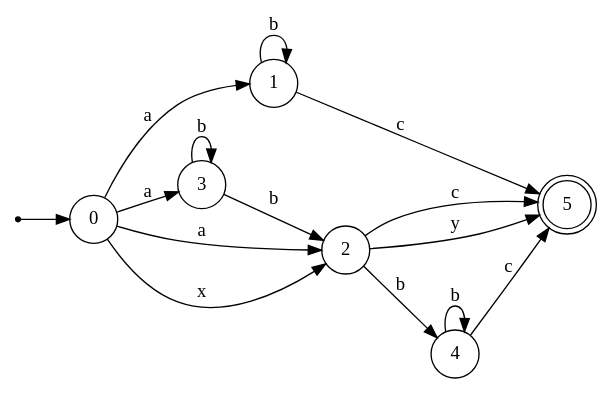
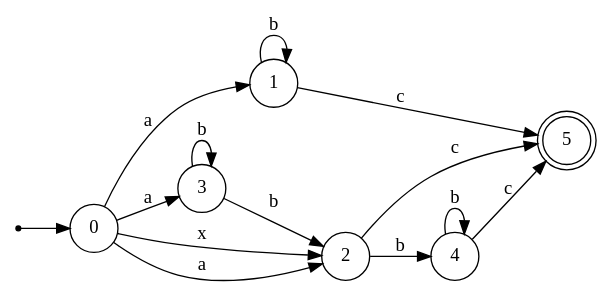
The diagram in nfa.gv (LeonardoDeFaveri/NFA-minimization), drawn with Graphviz before and after one commit. The commit also changed 11 other files, not shown here.

```diff
--- a/nfa.gv
+++ b/nfa.gv
@@ -1,25 +1,24 @@
 digraph {
 	rankdir = LR;
 	size = "30,20";
 	node [shape = point]; "dummy0"
 	node [shape = circle]; "0"
 	"dummy0" -> "0";
-	node [shape = circle]; "3";
 	node [shape = doublecircle]; "5";
 	node [shape = circle]; "1";
+	node [shape = circle]; "3";
 	node [shape = circle]; "4";
 	node [shape = circle]; "2";
+	"4" -> "4" [label = "b"];
+	"4" -> "5" [label = "c"];
+	"0" -> "2" [label = "x"];
+	"0" -> "1" [label = "a"];
+	"0" -> "2" [label = "a"];
+	"0" -> "3" [label = "a"];
 	"1" -> "1" [label = "b"];
 	"1" -> "5" [label = "c"];
-	"0" -> "2" [label = "x"];
-	"0" -> "3" [label = "a"];
-	"0" -> "2" [label = "a"];
-	"0" -> "1" [label = "a"];
-	"4" -> "4" [label = "b"];
-	"4" -> "5" [label = "c"];
 	"2" -> "5" [label = "c"];
 	"2" -> "4" [label = "b"];
-	"2" -> "5" [label = "y"];
 	"3" -> "2" [label = "b"];
 	"3" -> "3" [label = "b"];
 }
```
